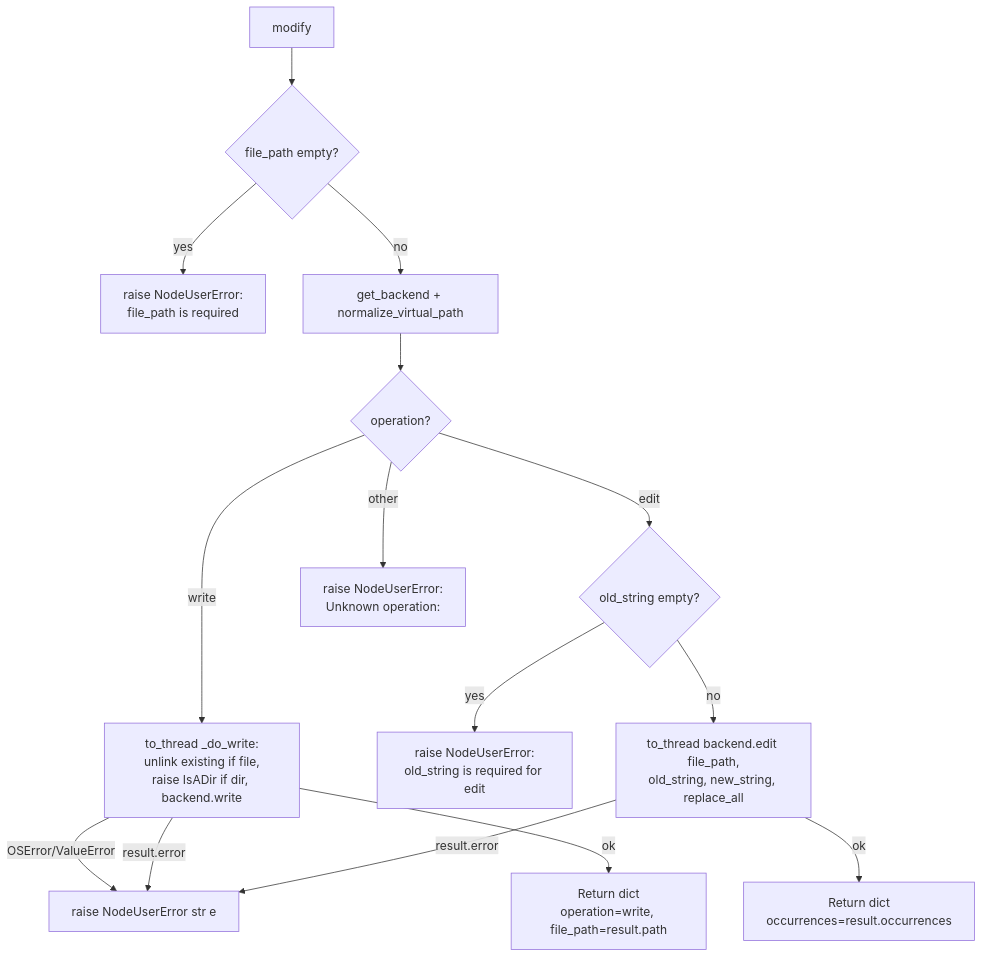
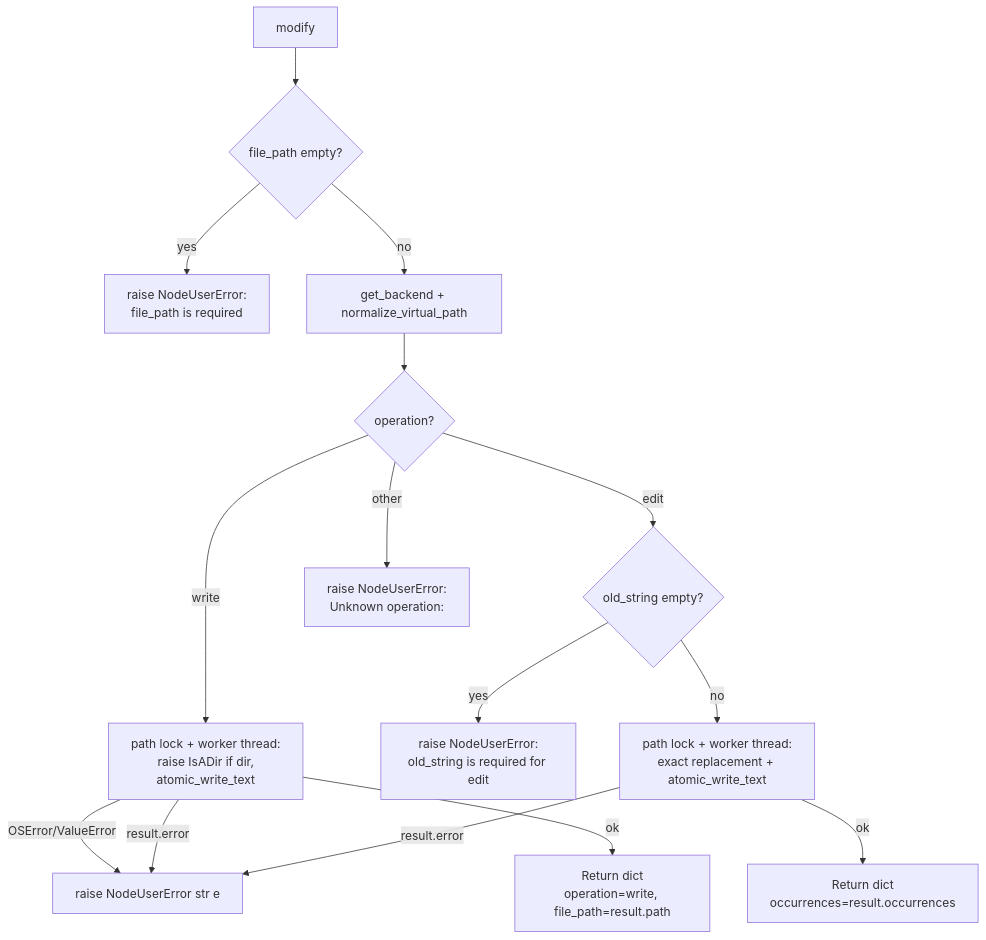
One commit to zeenie-ai/OpenCompany changed the diagram in docs-internal/node-logic-flows/code_fs_process/fileModify.md. Above: the diagram before and after it, drawn with Mermaid. The commit also changed other lines of this file and 98 other files, not shown here.

````diff
--- a/docs-internal/node-logic-flows/code_fs_process/fileModify.md
+++ b/docs-internal/node-logic-flows/code_fs_process/fileModify.md
@@ -68,17 +66,17 @@
 ```mermaid
 flowchart TD
   A[modify] --> B{file_path empty?}
   B -- yes --> E[raise NodeUserError:<br/>file_path is required]
   B -- no --> C[get_backend + normalize_virtual_path]
   C --> D{operation?}
-  D -- write --> W[to_thread _do_write:<br/>unlink existing if file,<br/>raise IsADir if dir, backend.write]
+  D -- write --> W[path lock + worker thread:<br/>raise IsADir if dir,<br/>atomic_write_text]
   W -- OSError/ValueError --> Eenv[raise NodeUserError str e]
   W -- result.error --> Eenv
   W -- ok --> Wok[Return dict<br/>operation=write, file_path=result.path]
   D -- edit --> Ei{old_string empty?}
   Ei -- yes --> Ereq[raise NodeUserError:<br/>old_string is required for edit]
-  Ei -- no --> Ed[to_thread backend.edit file_path,<br/>old_string, new_string, replace_all]
+  Ei -- no --> Ed[path lock + worker thread:<br/>exact replacement + atomic_write_text]
   Ed -- result.error --> Eenv
   Ed -- ok --> Edok[Return dict<br/>occurrences=result.occurrences]
   D -- other --> Unk[raise NodeUserError:<br/>Unknown operation: <op>]
 ```
````
